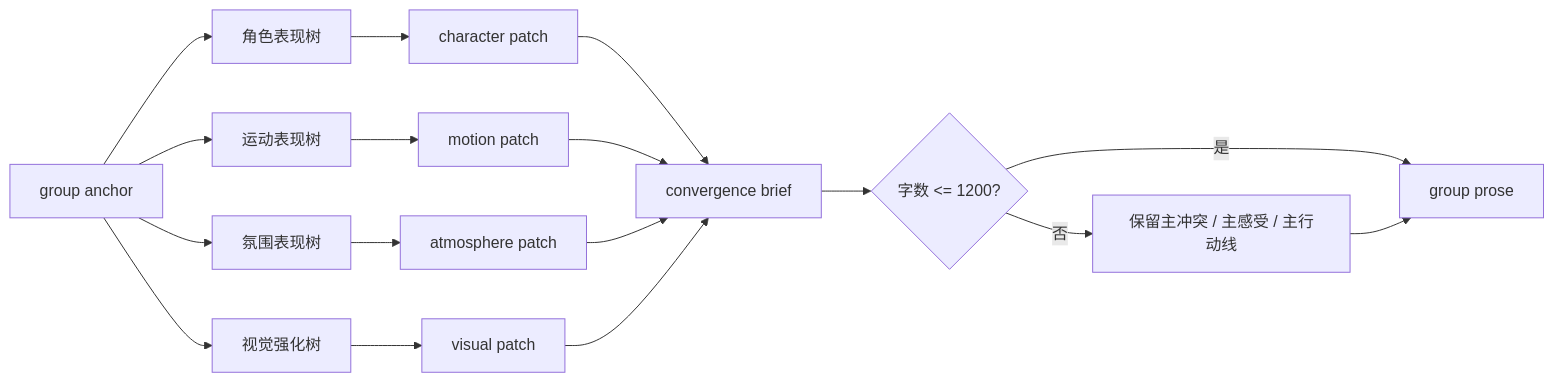
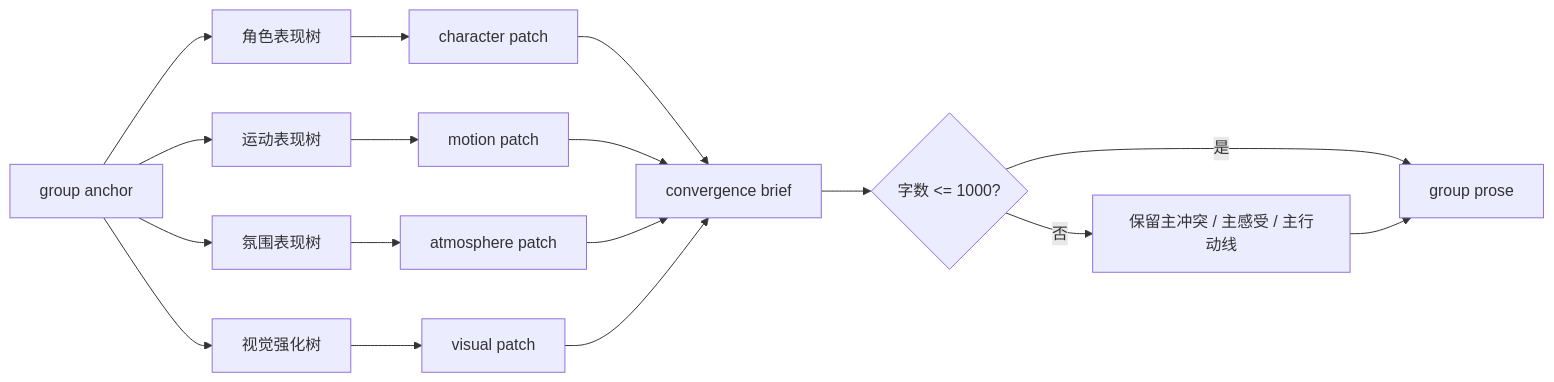
The second of 3 diagrams in .agents/skills/aigc/3-Detail/1-水月/SKILL.md (ZEN-VOID/AI-CUT), drawn with Mermaid before and after one commit. The commit also changed other lines of this file and 162 other files, not shown here.

````diff
--- a/.agents/skills/aigc/3-Detail/1-水月/SKILL.md
+++ b/.agents/skills/aigc/3-Detail/1-水月/SKILL.md
@@ -123,19 +123,19 @@
 ```mermaid
 flowchart LR
     A["group anchor"] --> B["角色表现树"]
     A --> C["运动表现树"]
     A --> D["氛围表现树"]
     A --> E["视觉强化树"]
     B --> F["character patch"]
     C --> G["motion patch"]
     D --> H["atmosphere patch"]
     E --> I["visual patch"]
     F --> J["convergence brief"]
     G --> J
     H --> J
     I --> J
-    J --> K{"字数 <= 1200?"}
+    J --> K{"字数 <= 1000?"}
     K -- "否" --> L["保留主冲突 / 主感受 / 主行动线"]
     K -- "是" --> M["group prose"]
     L --> M
 ```
````
